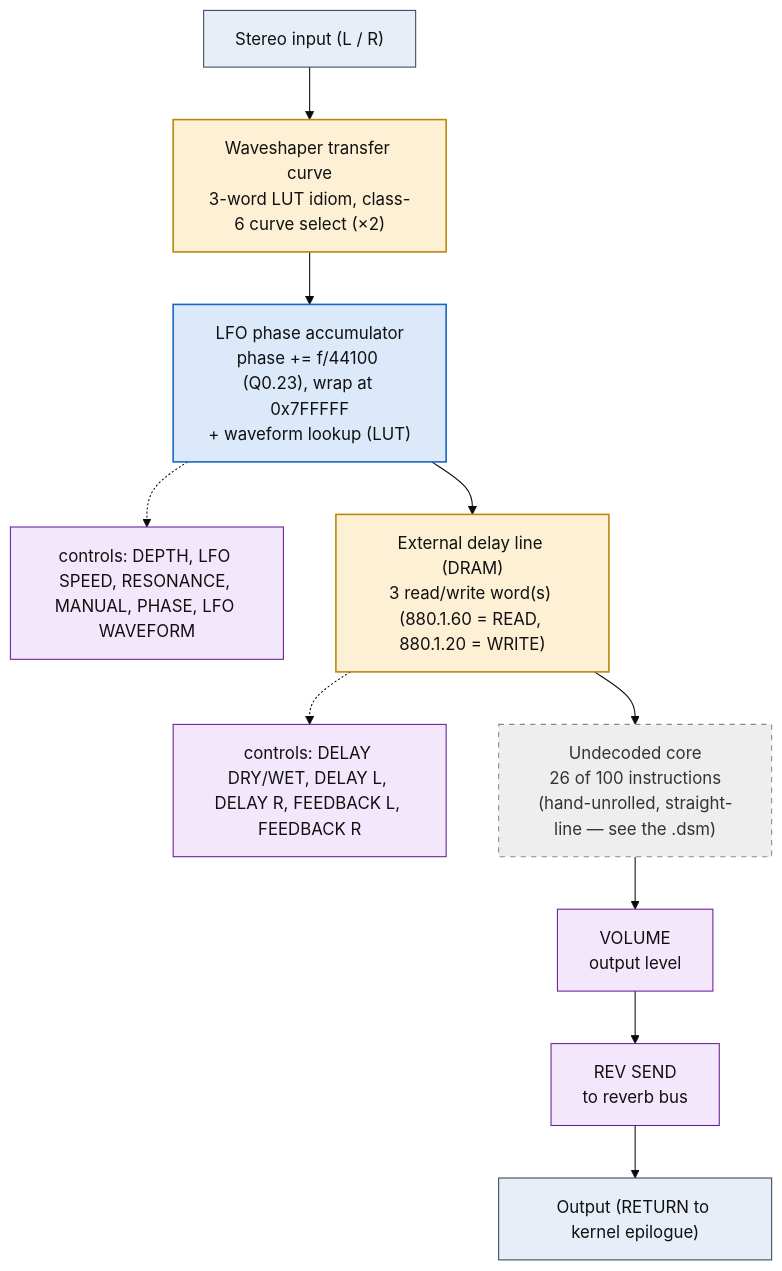
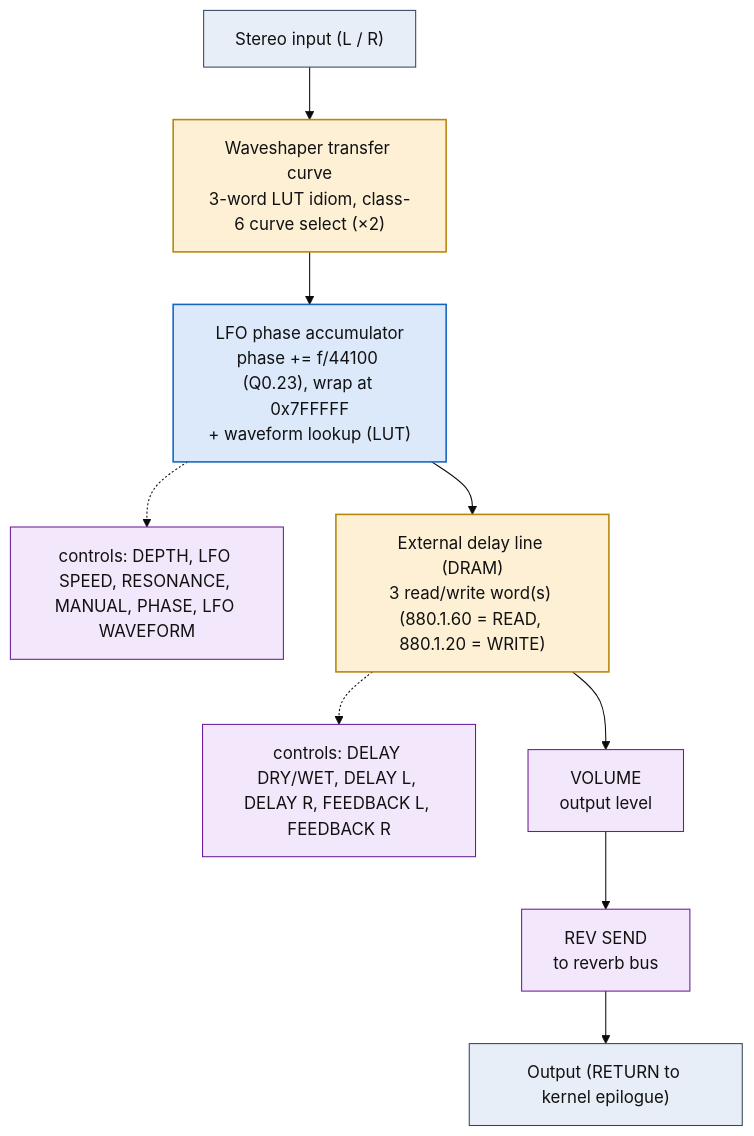
Before and after one commit to ArqueologiaDigital/kn5000-roms-disasm: the diagram in dsp/flowcharts/prog66_s_delay_flanger.md, drawn with Mermaid (base theme). The commit also changed other lines of this file and 39 other files, not shown here.

First line of the commit message:
dsp: annotate all flowcharts with the classic effect topology each shape matches

````diff
--- a/dsp/flowcharts/prog66_s_delay_flanger.md
+++ b/dsp/flowcharts/prog66_s_delay_flanger.md
@@ -12,34 +12,31 @@
 ```mermaid
 flowchart TD
     N0["Stereo input (L / R)"]
     N1["Waveshaper transfer curve<br/>3-word LUT idiom, class-6 curve select (&times;2)"]
     N0 --> N1
     N2["LFO phase accumulator<br/>phase += f/44100 (Q0.23), wrap at 0x7FFFFF<br/>+ waveform lookup (LUT)"]
     N1 --> N2
     N3["controls: DEPTH, LFO SPEED, RESONANCE, MANUAL, PHASE, LFO WAVEFORM"]
     N2 -.-> N3
     N4["External delay line (DRAM)<br/>3 read/write word(s) (880.1.60 = READ, 880.1.20 = WRITE)"]
     N2 --> N4
     N5["controls: DELAY DRY/WET, DELAY L, DELAY R, FEEDBACK L, FEEDBACK R"]
     N4 -.-> N5
-    N6["Undecoded core<br/>26 of 100 instructions<br/>(hand-unrolled, straight-line &mdash; see the .dsm)"]
+    N6["VOLUME<br/>output level"]
     N4 --> N6
-    N7["VOLUME<br/>output level"]
+    N7["REV SEND<br/>to reverb bus"]
     N6 --> N7
-    N8["REV SEND<br/>to reverb bus"]
+    N8["Output (RETURN to kernel epilogue)"]
     N7 --> N8
-    N9["Output (RETURN to kernel epilogue)"]
-    N8 --> N9
 
     classDef io fill:#e8eef7,stroke:#33475b,stroke-width:1px,color:#111;
     classDef proven fill:#d7f0d7,stroke:#2e7d32,stroke-width:2px,color:#111;
     classDef measured fill:#dbe9fb,stroke:#1565c0,stroke-width:1.5px,color:#111;
     classDef inferred fill:#fdf0d5,stroke:#b8860b,stroke-width:1.5px,color:#111;
     classDef open fill:#eeeeee,stroke:#888,stroke-width:1px,color:#333,stroke-dasharray:5 5;
     classDef ctrl fill:#f3e8fb,stroke:#6a1b9a,stroke-width:1px,color:#111;
-    class N0,N9 io;
+    class N0,N8 io;
     class N1,N4 inferred;
     class N2 measured;
-    class N3,N5,N7,N8 ctrl;
-    class N6 open;
+    class N3,N5,N6,N7 ctrl;
 ```
````
